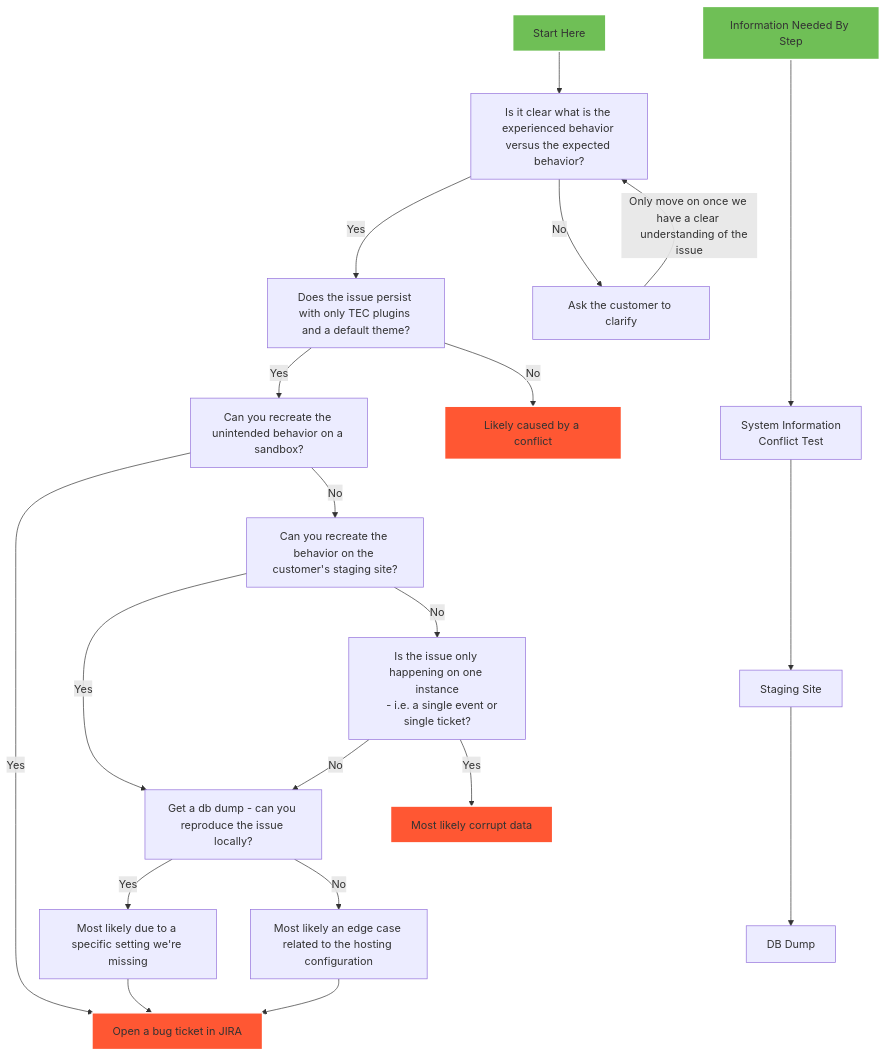
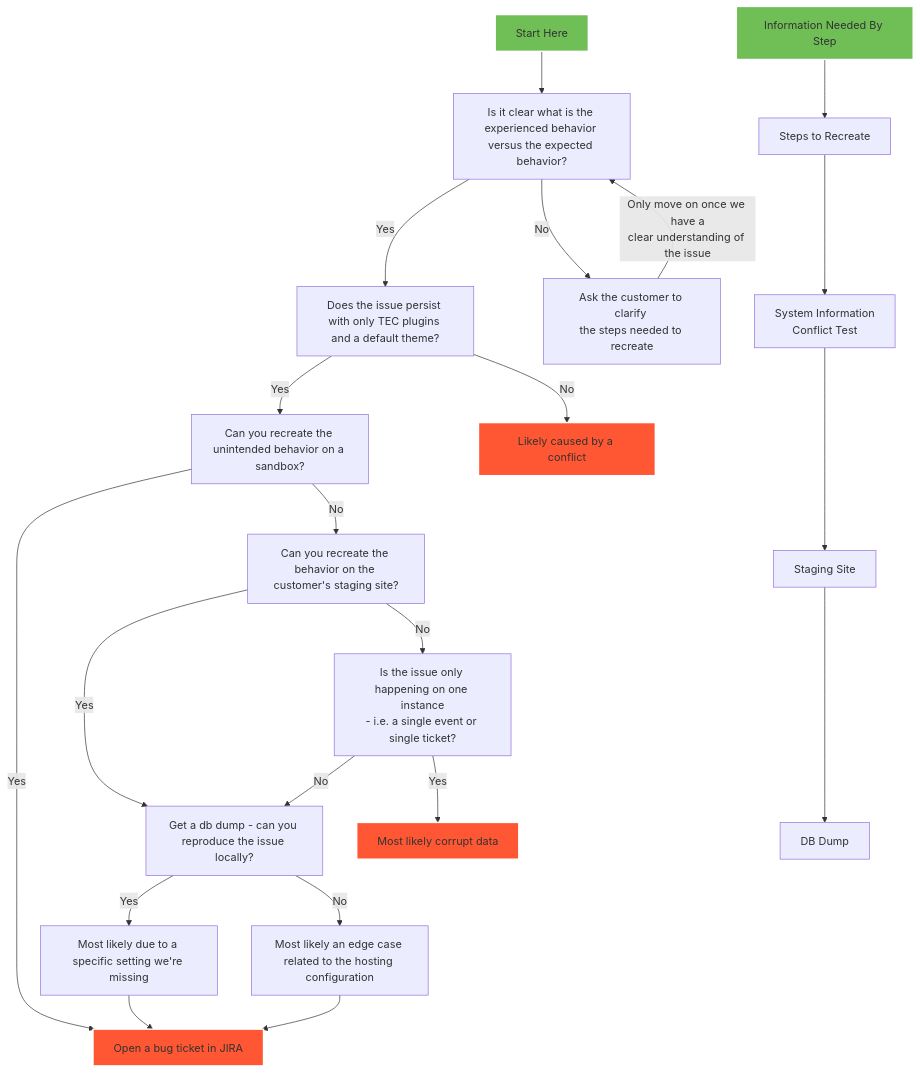
The diagram in concepts/support-flowchart.md (sdokus/dev-day-notes), drawn with Mermaid before and after one commit. The commit also changed other lines of this file and 3 other files, not shown here.

````diff
--- a/concepts/support-flowchart.md
+++ b/concepts/support-flowchart.md
@@ -3,57 +3,66 @@
 ```mermaid
 graph TD
     A[Start Here]
     A --> B
     B[Is it clear what is the experienced behavior versus the expected behavior?]
     B -->|Yes| C
     B -->|No| D
-    C[Does the issue persist with only TEC plugins and a default theme?]
-    D[Ask the customer to clarify]
-    D -->|Only move on once we have a clear 
-    understanding of the issue|B
-    C -->|Yes|E
-    C -->|No|F
-    E[Can you recreate the unintended behavior on a sandbox?]
-    F[Likely caused by a conflict]
-    E --> |Yes| G
-    E --> |No| H
-    G[Open a bug ticket in JIRA]
-    H[Can you recreate the behavior on the customer's staging site?]
-    H -->|Yes| I
-    H -->|No| J
-    I[Get a db dump - can you reproduce the issue locally?]
-    I -->|Yes| N
-    I -->|No| M
-    M[Most likely an edge case related to the hosting configuration]
-    N[Most likely due to a specific setting we're missing]
-    M --> G
-    N --> G
-    J[Is the issue only happening on one instance
-    - i.e. a single event or single ticket?]
-    J --> |No| I
-    J --> |Yes| K
-    
-    K[Most likely corrupt data]
-    
-style A fill:#6FBF56,stroke:#ffffff,stroke-width:2px;
-style F fill:#FF5733,stroke:#ffffff,stroke-width:2px;
-style K fill:#FF5733,stroke:#ffffff,stroke-width:2px;
-style G fill:#FF5733,stroke:#ffffff,stroke-width:2px;
+    D[Ask the customer to clarify 
+the steps needed to recreate]
+D -->|Only move on once we have a
+clear understanding of the issue|B
+
+C[Does the issue persist with only TEC plugins and a default theme?]
+C -->|Yes|E
+C -->|No|F
+
+F[Likely caused by a conflict]
+E[Can you recreate the unintended behavior on a sandbox?]
+E -->|Yes|G
+E -->|No|H
+
+G[Open a bug ticket in JIRA]
+H[Can you recreate the behavior on the customer's staging site?]
+H -->|Yes|I
+H -->|No|J
+
+I[Get a db dump - can you reproduce the issue locally?]
+I -->|Yes|N
+I -->|No|M
+
+J[Is the issue only happening on one instance
+- i.e. a single event or single ticket?]
+J -->|No|I
+J -->|Yes|K
+
+K[Most likely corrupt data]
+M[Most likely an edge case related to the hosting configuration]
+N[Most likely due to a specific setting we're missing]
+M --> G
+N --> G
+
+style A fill: #6FBF56, stroke: #ffffff, stroke-width: 2px;
+style F fill: #FF5733, stroke: #ffffff, stroke-width: 2px;
+style K fill: #FF5733, stroke: #ffffff, stroke-width: 2px;
+style G fill: #FF5733, stroke: #ffffff, stroke-width: 2px;
 
 %% Second Graph - Information Gathering
-    A2[Information Needed By Step]
-    A2 ----> B2
-    B2[
-        System Information
-        Conflict Test
-    ]
-    click B2 href "#system-info"
-    B2 ---> C2
-    C2[Staging Site]
-    click C2 href "#staging-site"
-    C2 ---> D2
-    D2[DB Dump]
-    click D2 href "#db-dump"
+A2[Information Needed By Step]
+A2 --> B2
+B2[Steps to Recreate]
+click B2 href "#steps-to-recreate"
+B2 --> C2
+C2[
+System Information
+Conflict Test
+]
+click C2 href "#system-info"
+C2 ---> D2
+D2[Staging Site]
+click D2 href "#staging-site"
+D2 ---> E2
+E2[DB Dump]
+click E2 href "#db-dump"
 
-style A2 fill:#6FBF56,stroke:#ffffff,stroke-width:2px;
+style A2 fill: #6FBF56, stroke: #ffffff, stroke-width: 2px;
 ```
````
